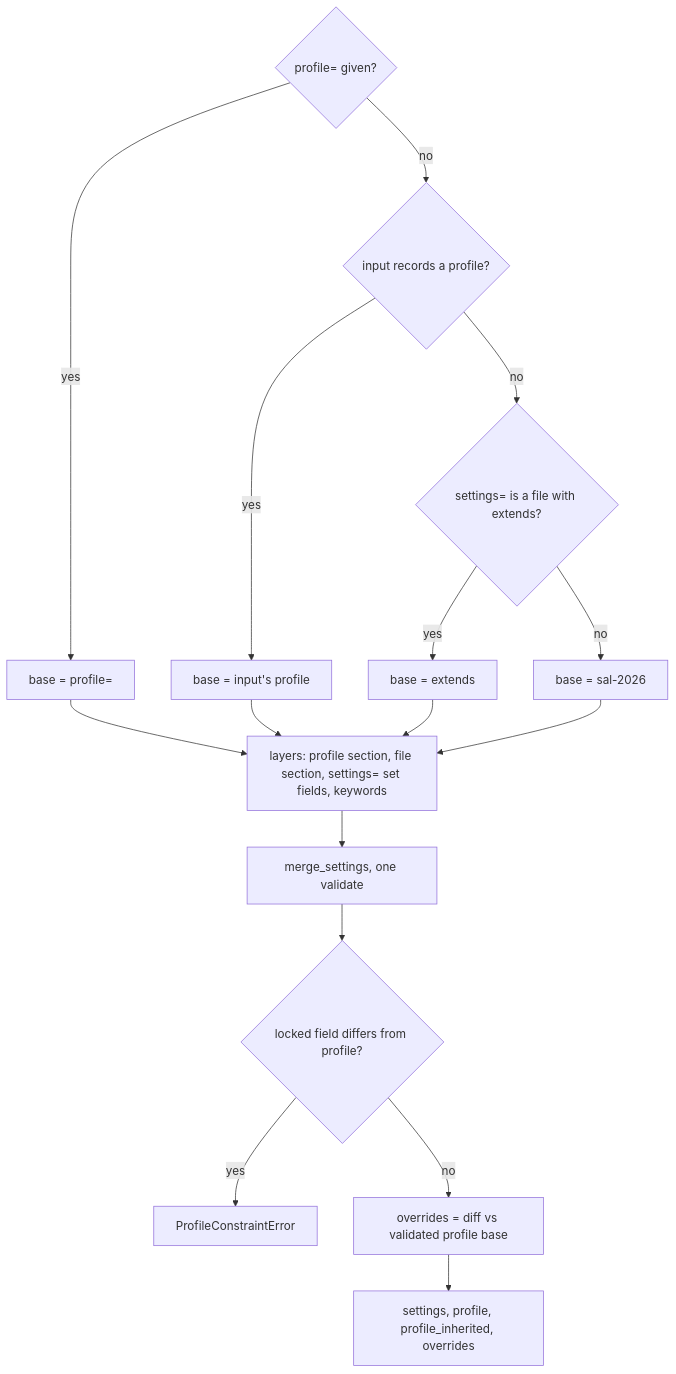
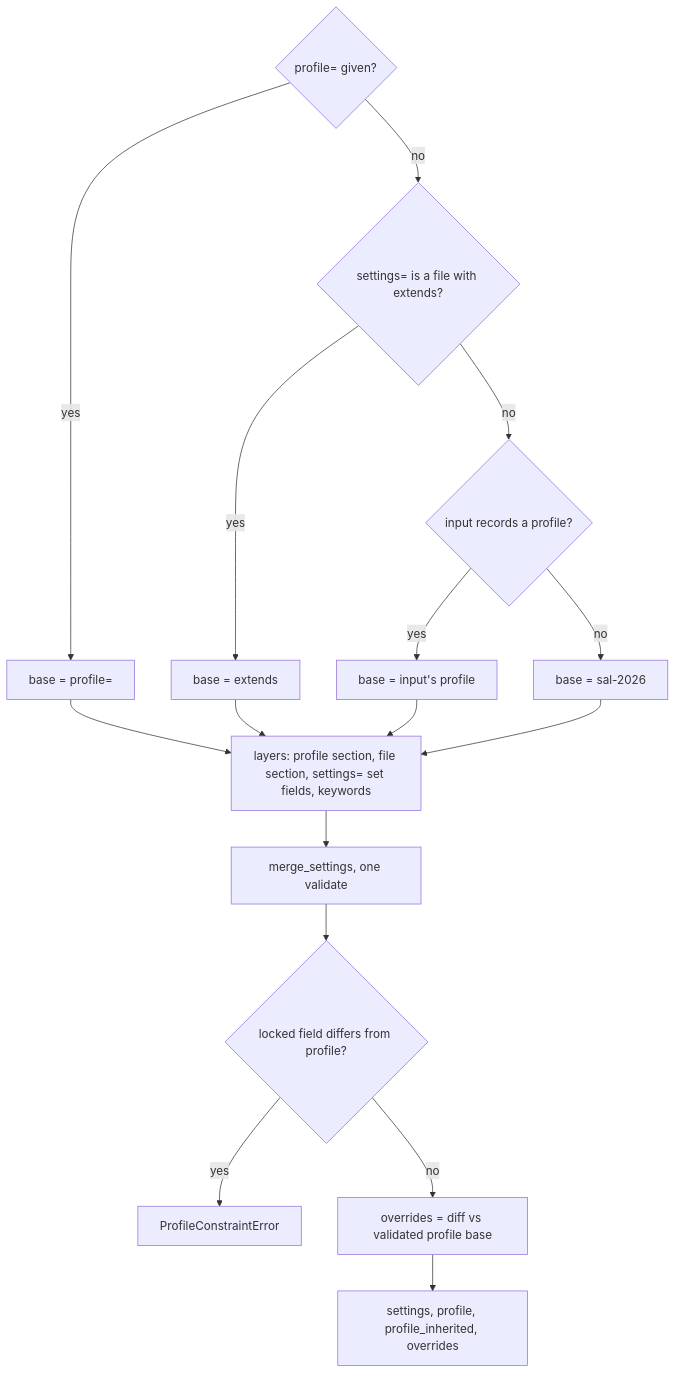
Before and after one commit to MitchellAcoustics/Soundscapy: the diagram in design/plans/2026-11-28-m1-s3-angle-sets-profiles.md, drawn with Mermaid. The commit also changed other lines of this file and 8 other files, not shown here.

````diff
--- a/design/plans/2026-11-28-m1-s3-angle-sets-profiles.md
+++ b/design/plans/2026-11-28-m1-s3-angle-sets-profiles.md
@@ -150,18 +150,18 @@
 ```mermaid
 flowchart TB
   P{profile= given?} -->|yes| B1[base = profile=]
-  P -->|no| I{input records a profile?}
+  P -->|no| F{settings= is a file with extends?}
+  F -->|yes| B3[base = extends]
+  F -->|no| I{input records a profile?}
   I -->|yes| B2[base = input's profile]
-  I -->|no| F{settings= is a file with extends?}
-  F -->|yes| B3[base = extends]
-  F -->|no| B4[base = sal-2026]
+  I -->|no| B4[base = sal-2026]
   B1 --> L[layers: profile section, file section, settings= set fields, keywords]
   B2 --> L
   B3 --> L
   B4 --> L
   L --> M[merge_settings, one validate]
   M --> K{locked field differs from profile?}
   K -->|yes| E[ProfileConstraintError]
   K -->|no| O[overrides = diff vs validated profile base]
   O --> R[settings, profile, profile_inherited, overrides]
 ```
````
